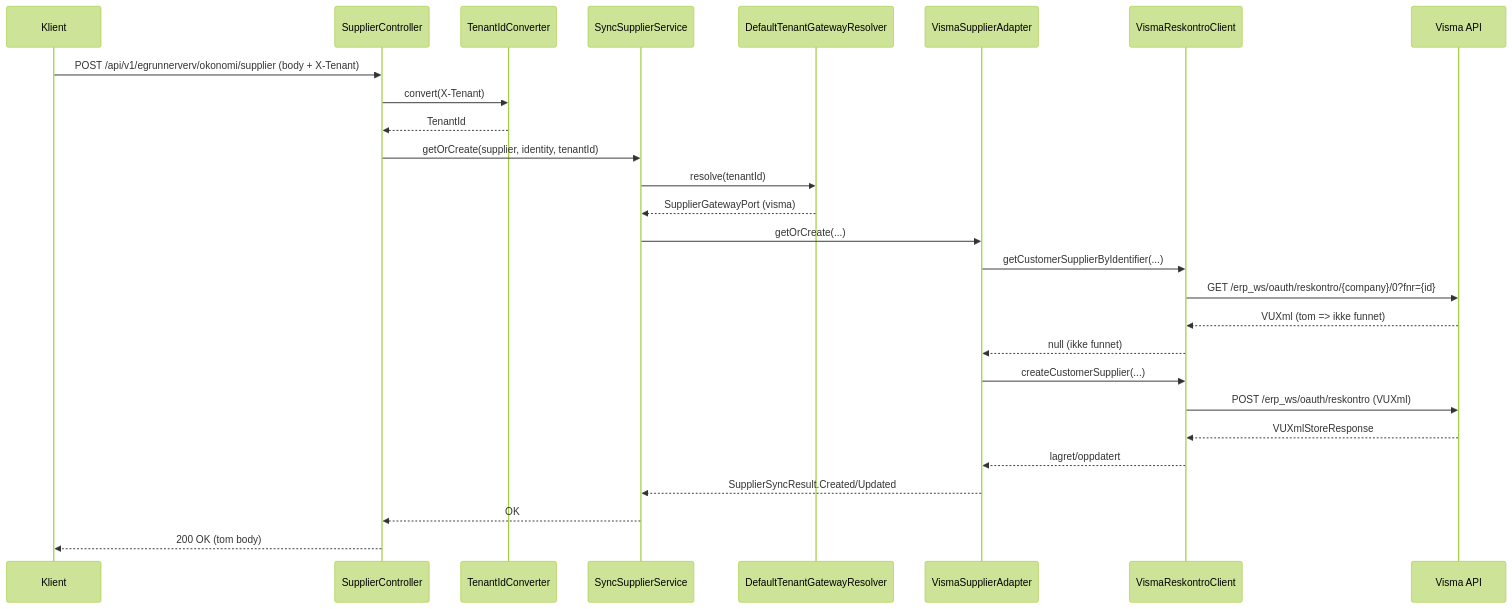
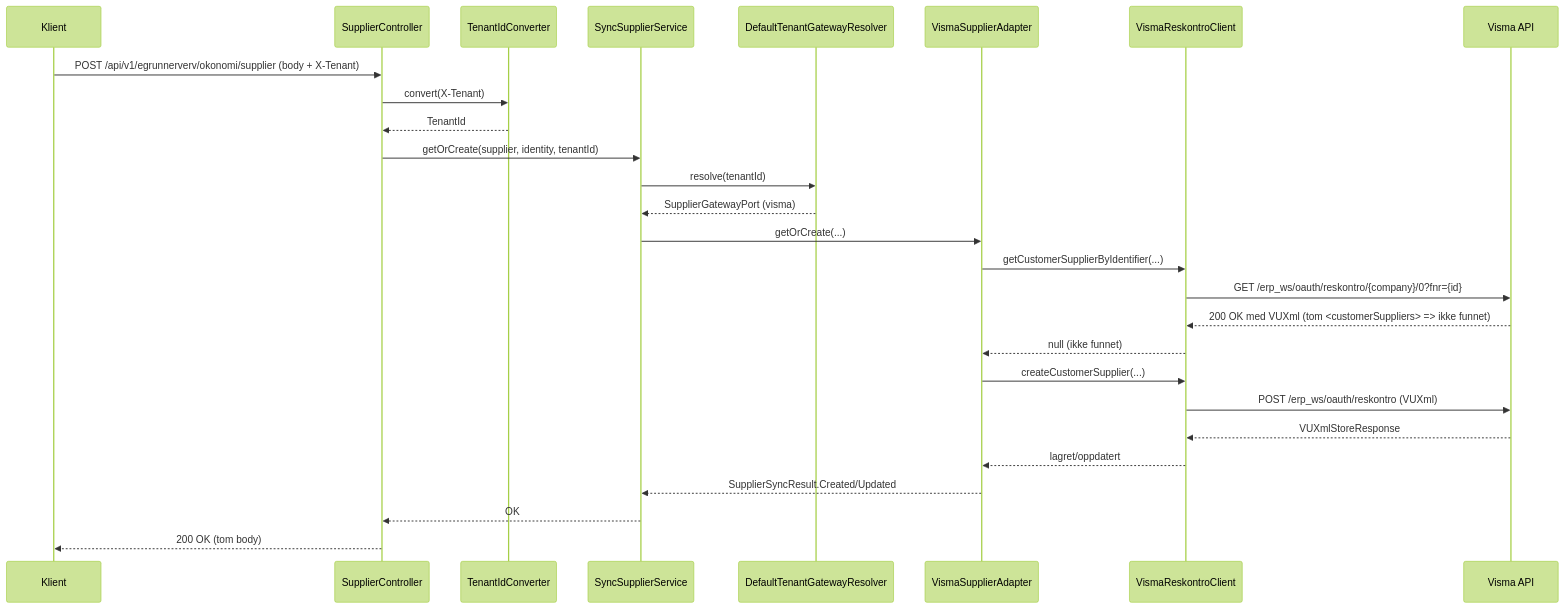
One commit to FINTLabs/fint-flyt-egrunnerverv-okonomi changed the second of 2 diagrams in ARCHITECTURE.md. Above: the diagram before and after it, drawn with Mermaid (forest theme). The commit also changed other lines of this file and 46 other files, not shown here.

````diff
--- a/ARCHITECTURE.md
+++ b/ARCHITECTURE.md
@@ -41,30 +41,30 @@
 ```mermaid
 sequenceDiagram
     participant K as Klient
     participant C as SupplierController
     participant T as TenantIdConverter
     participant S as SyncSupplierService
     participant R as DefaultTenantGatewayResolver
     participant A as VismaSupplierAdapter
     participant V as VismaReskontroClient
     participant X as Visma API
 
     K->>C: POST /api/v1/egrunnerverv/okonomi/supplier (body + X-Tenant)
     C->>T: convert(X-Tenant)
     T-->>C: TenantId
     C->>S: getOrCreate(supplier, identity, tenantId)
     S->>R: resolve(tenantId)
     R-->>S: SupplierGatewayPort (visma)
     S->>A: getOrCreate(...)
     A->>V: getCustomerSupplierByIdentifier(...)
     V->>X: GET /erp_ws/oauth/reskontro/{company}/0?fnr={id}
-    X-->>V: VUXml (tom => ikke funnet)
+    X-->>V: 200 OK med VUXml (tom <customerSuppliers> => ikke funnet)
     V-->>A: null (ikke funnet)
     A->>V: createCustomerSupplier(...)
     V->>X: POST /erp_ws/oauth/reskontro (VUXml)
     X-->>V: VUXmlStoreResponse
     V-->>A: lagret/oppdatert
     A-->>S: SupplierSyncResult.Created/Updated
     S-->>C: OK
     C-->>K: 200 OK (tom body)
 ```
````
